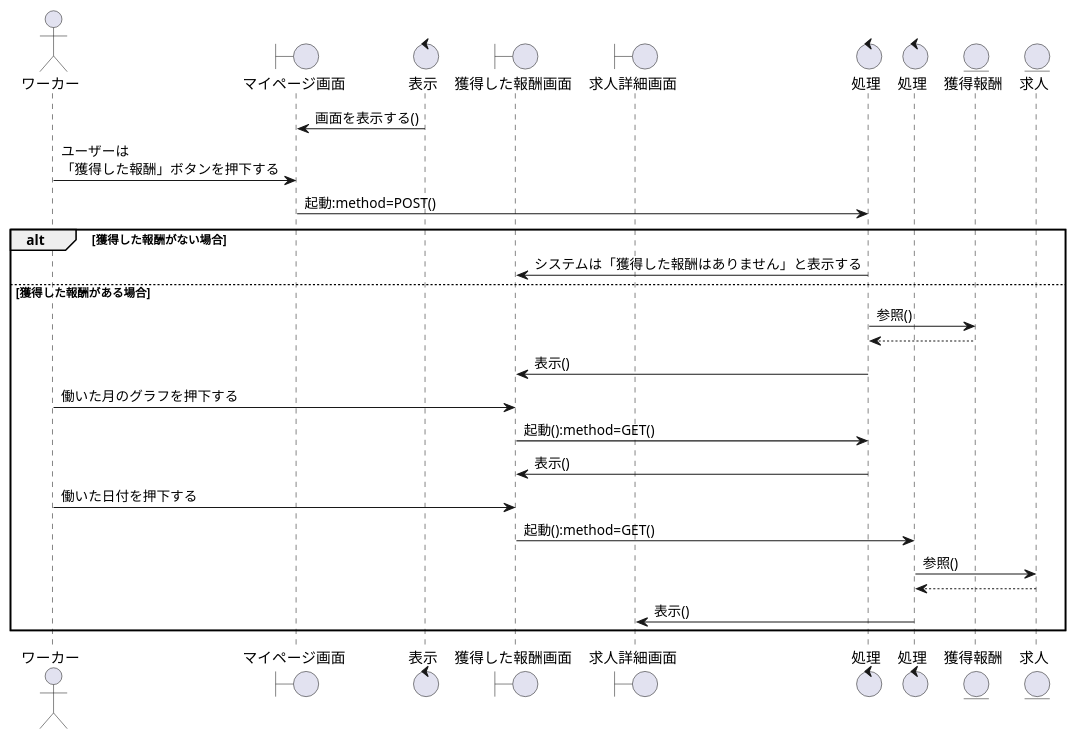
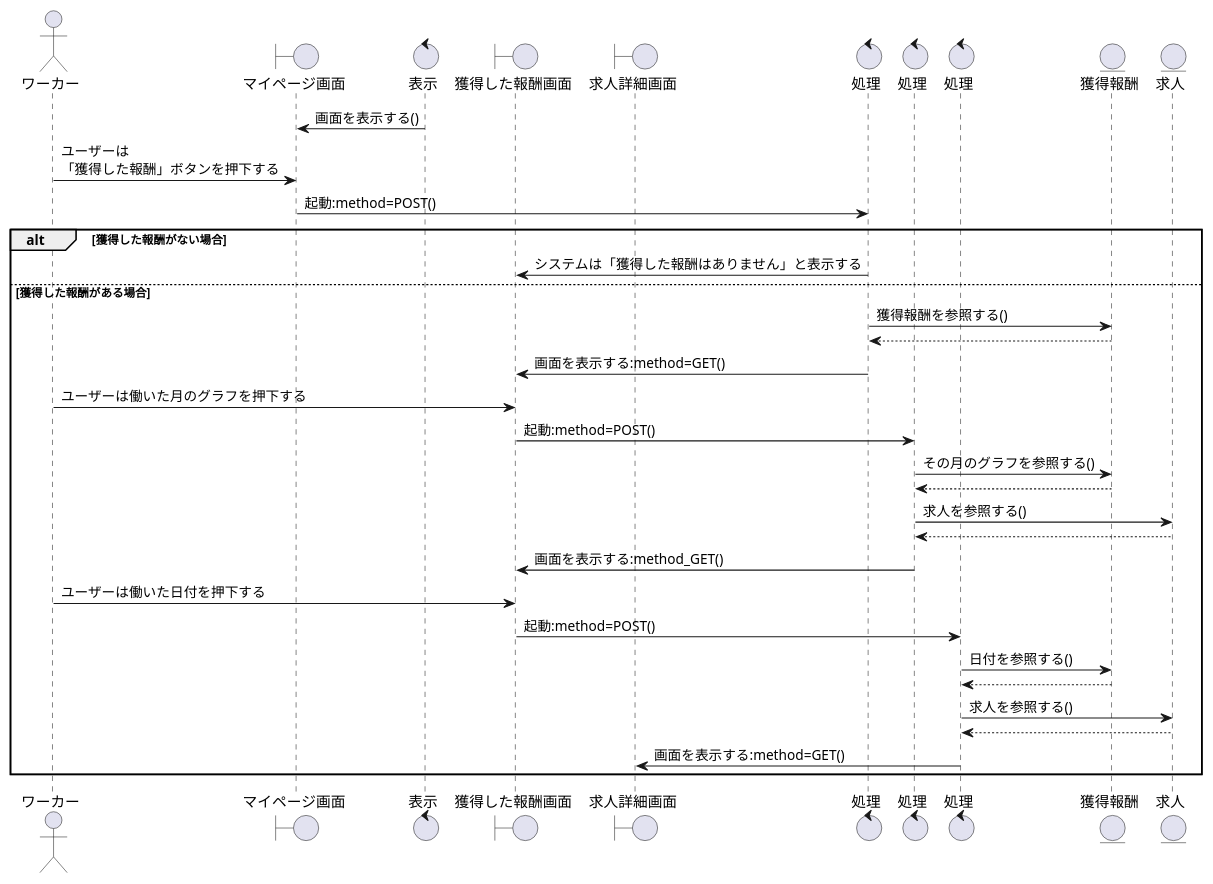
One commit to irukacb256/high_Me changed the diagram in sequence_fig/7_acconts_fn/09_獲得した報酬を閲覧する.pu. Above: the diagram before and after it, drawn with PlantUML. The commit also changed 9 other files, not shown here.

```diff
--- a/sequence_fig/7_acconts_fn/09_獲得した報酬を閲覧する.pu
+++ b/sequence_fig/7_acconts_fn/09_獲得した報酬を閲覧する.pu
@@ -1,40 +1,47 @@
 @startuml 獲得した報酬を閲覧する
 
 actor ワーカー as wo1
 
 boundary マイページ画面 as bo1
 control 表示 as co1
 boundary 獲得した報酬画面 as bo2
 boundary 求人詳細画面 as bo3
 
 control 処理 as co2
 control 処理 as co3
+control 処理 as co4
 
 entity 獲得報酬 as en1
 entity 求人 as en2
 
 co1 -> bo1:画面を表示する()
 wo1 -> bo1:ユーザーは\n「獲得した報酬」ボタンを押下する
 bo1 -> co2:起動:method=POST()
 
 alt 獲得した報酬がない場合
     co2 -> bo2:システムは「獲得した報酬はありません」と表示する
 
 else 獲得した報酬がある場合
-    co2 -> en1:参照()
+    co2 -> en1:獲得報酬を参照する()
     en1 --> co2
-    co2 -> bo2:表示()
+    co2 -> bo2:画面を表示する:method=GET()
 
-    wo1 -> bo2:働いた月のグラフを押下する
-    bo2 -> co2:起動():method=GET()
-    co2 -> bo2:表示()
+    wo1 -> bo2:ユーザーは働いた月のグラフを押下する
+    bo2 -> co3:起動:method=POST()
+    co3 -> en1:その月のグラフを参照する()
+    co3 <-- en1
+    co3 -> en2:求人を参照する()
+    co3 <-- en2
+    co3 -> bo2:画面を表示する:method_GET()
 
-    wo1 -> bo2:働いた日付を押下する
-    bo2 -> co3:起動():method=GET()
-    co3 -> en2:参照()
-    en2 --> co3
-    co3 -> bo3:表示()
+    wo1 -> bo2:ユーザーは働いた日付を押下する
+    bo2 -> co4:起動:method=POST()
+    co4 -> en1:日付を参照する()
+    en1 --> co4
+    co4 -> en2:求人を参照する()
+    co4 <-- en2
+    co4 -> bo3:画面を表示する:method=GET()
 
 end
 
 @enduml
```
